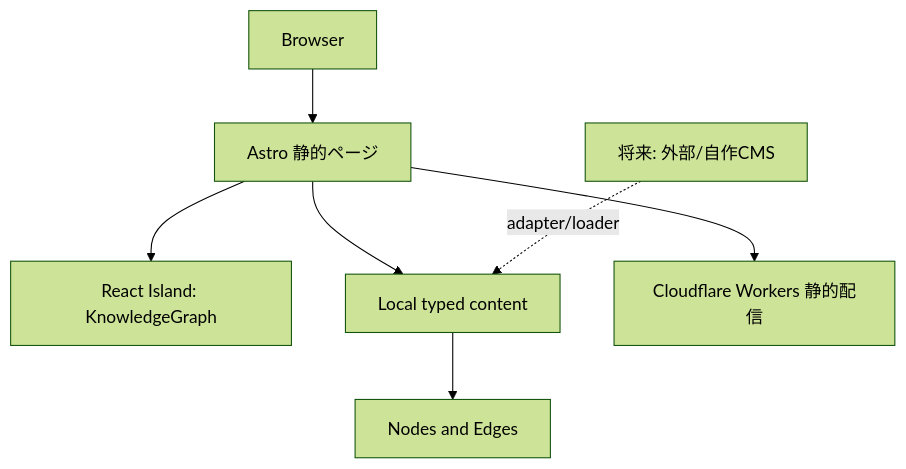
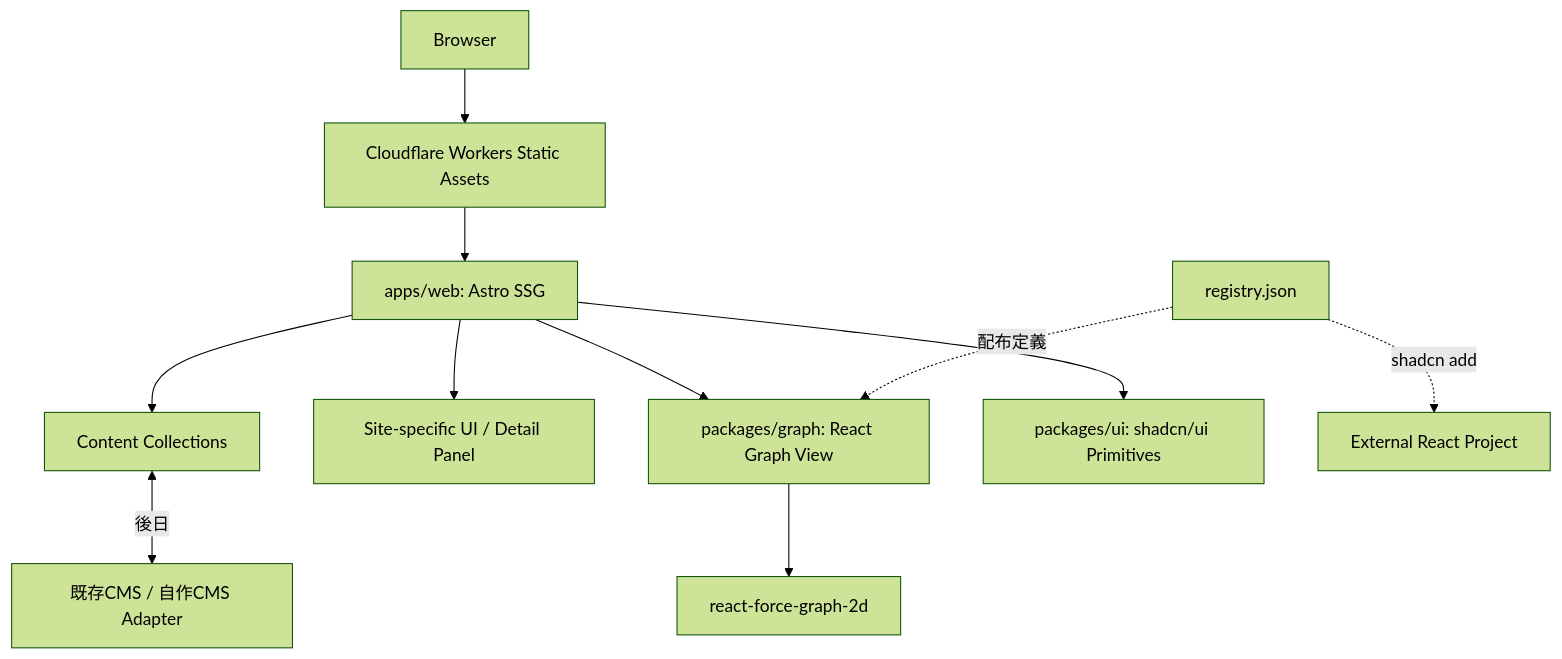
Before and after one commit to UtakataKyosui/astro-portfolio-with-blog: the first of 3 diagrams in docs/ARCHITECTURE.md, drawn with Mermaid (forest theme). The commit also changed other lines of this file and 1 other file, not shown here.

````diff
--- a/docs/ARCHITECTURE.md
+++ b/docs/ARCHITECTURE.md
@@ -3,9 +8,13 @@
 ```mermaid
 flowchart TD
-    Browser --> Astro[Astro 静的ページ]
-    Astro --> React[React Island: KnowledgeGraph]
-    Astro --> Content[Local typed content]
-    Content --> GraphModel[Nodes and Edges]
-    FutureCMS[将来: 外部/自作CMS] -. adapter/loader .-> Content
-    Astro --> CDN[Cloudflare Workers 静的配信]
+    Visitor[Browser] --> CF[Cloudflare Workers Static Assets]
+    CF --> WEB[apps/web: Astro SSG]
+    WEB --> Content[Content Collections]
+    Content <-->|後日| Adapter[既存CMS / 自作CMS Adapter]
+    WEB --> SiteUI[Site-specific UI / Detail Panel]
+    WEB --> Graph[packages/graph: React Graph View]
+    WEB --> SharedUI[packages/ui: shadcn/ui Primitives]
+    Graph --> Renderer[react-force-graph-2d]
+    Registry[registry.json] -. "配布定義" .-> Graph
+    Registry -. "shadcn add" .-> External[External React Project]
 ```
````
